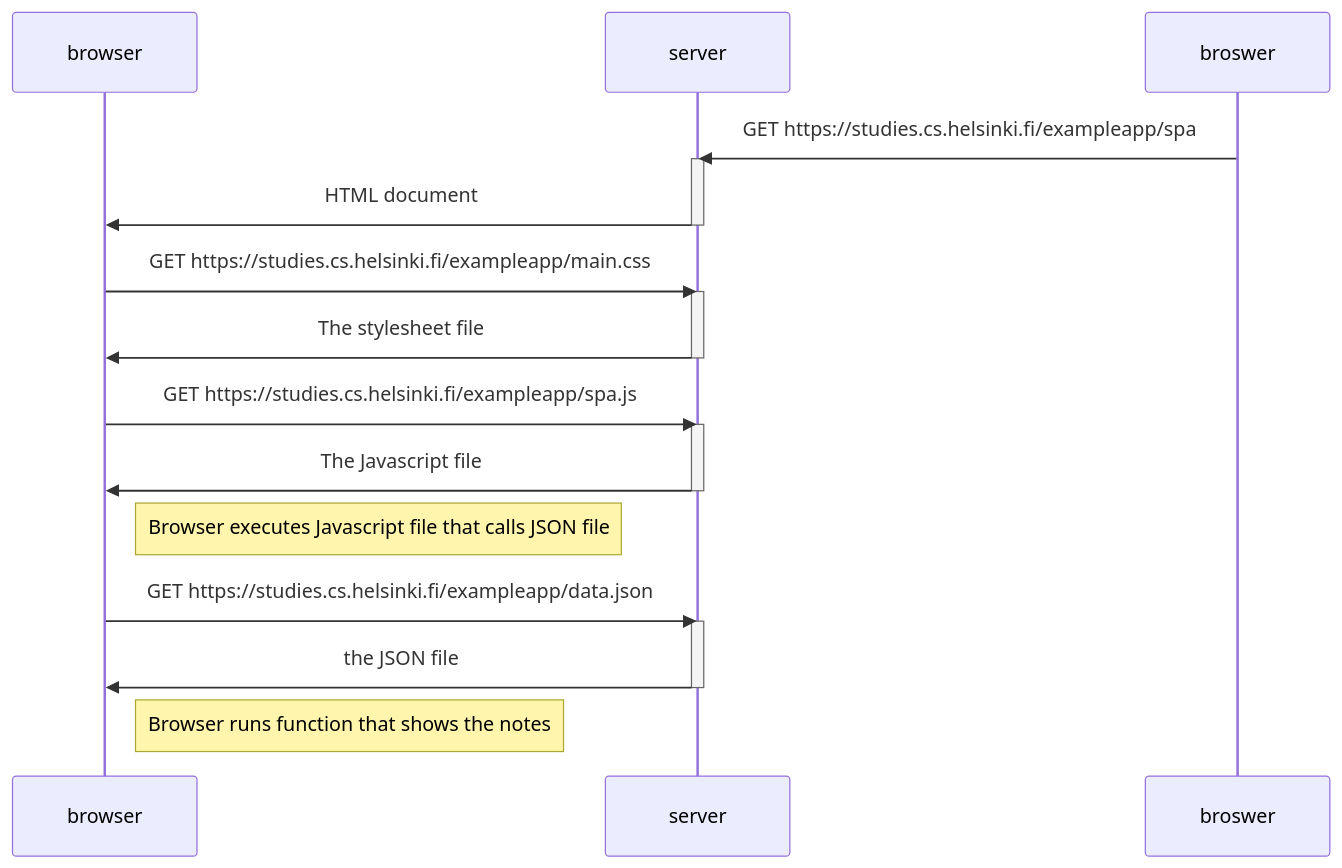
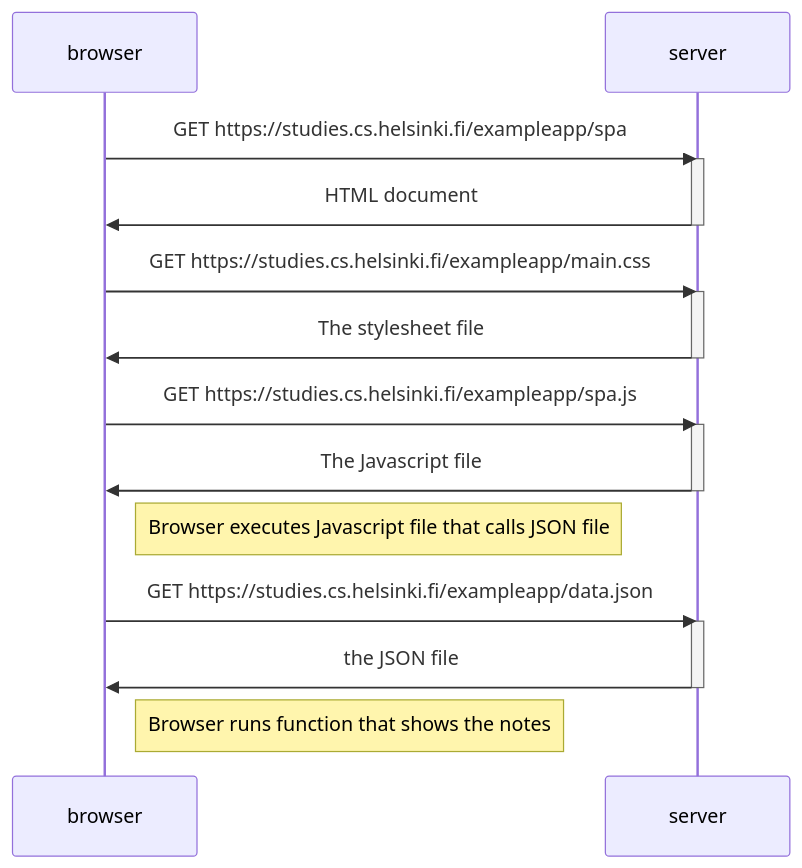
One commit to SamiKazan/FullStack-HY-palautusrepositio changed the diagram in osa0/0.5: Single Page App.md. Above: the diagram before and after it, drawn with Mermaid.

Commit message:
Update 0.5: Single Page App.md
fix

````diff
--- a/osa0/0.5: Single Page App.md
+++ b/osa0/0.5: Single Page App.md
@@ -1,30 +1,30 @@
 ```mermaid
 sequenceDiagram
     participant browser
     participant server
 
-    broswer->>server: GET https://studies.cs.helsinki.fi/exampleapp/spa
+    browser->>server: GET https://studies.cs.helsinki.fi/exampleapp/spa
     activate server
     server->>browser: HTML document
     deactivate server
 
     browser->>server: GET https://studies.cs.helsinki.fi/exampleapp/main.css
     activate server
     server->>browser: The stylesheet file
     deactivate server
 
     browser->>server: GET https://studies.cs.helsinki.fi/exampleapp/spa.js
     activate server
     server->>browser: The Javascript file
     deactivate server
 
     Note right of browser: Browser executes Javascript file that calls JSON file
 
     browser->>server: GET https://studies.cs.helsinki.fi/exampleapp/data.json
     activate server
     server->>browser: the JSON file
     deactivate server
 
     Note right of browser: Browser runs function that shows the notes
     
 ```
````
